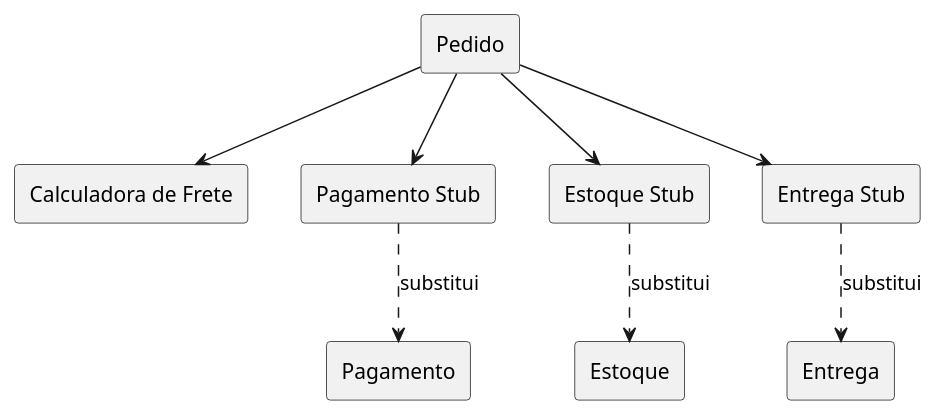
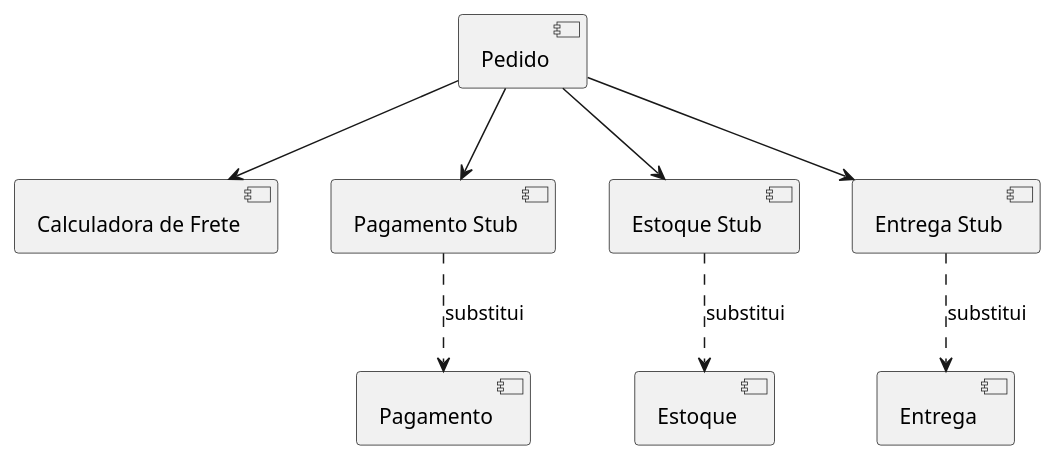
Before and after one commit to raquweel/meu-estudo-vvts: the diagram in lab02/diagramas/top-down.puml, drawn with PlantUML.

Commit message:
Change rectangles to components in UML diagram

```diff
--- a/lab02/diagramas/top-down.puml
+++ b/lab02/diagramas/top-down.puml
@@ -1,23 +1,23 @@
 @startuml top-down
 
-rectangle "Pedido" as Pedido
+component "Pedido" as Pedido
 
-rectangle "Calculadora de Frete" as Frete
-rectangle "Pagamento Stub" as PagamentoStub
-rectangle "Estoque Stub" as EstoqueStub
-rectangle "Entrega Stub" as EntregaStub
+component "Calculadora de Frete" as Frete
+component "Pagamento Stub" as PagamentoStub
+component "Estoque Stub" as EstoqueStub
+component "Entrega Stub" as EntregaStub
 
-rectangle "Pagamento" as Pagamento
-rectangle "Estoque" as Estoque
-rectangle "Entrega" as Entrega
+component "Pagamento" as Pagamento
+component "Estoque" as Estoque
+component "Entrega" as Entrega
 
 Pedido --> Frete
 Pedido --> PagamentoStub
 Pedido --> EstoqueStub
 Pedido --> EntregaStub
 
 PagamentoStub ..> Pagamento : substitui
 EstoqueStub ..> Estoque : substitui
 EntregaStub ..> Entrega : substitui
 
 @enduml
```
